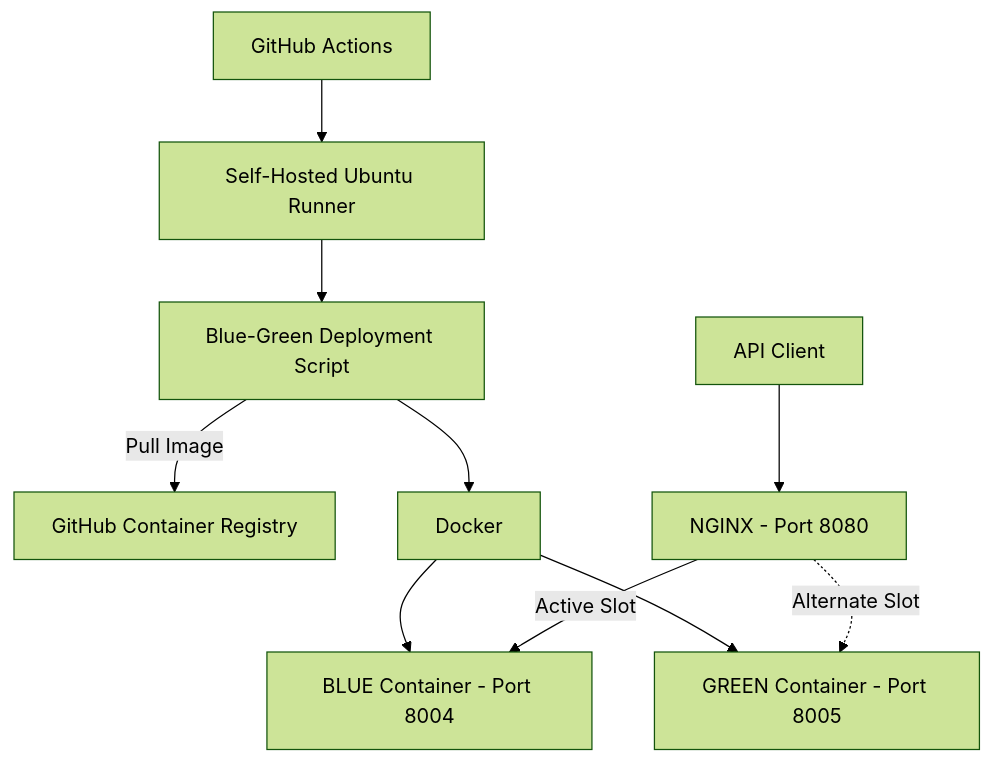
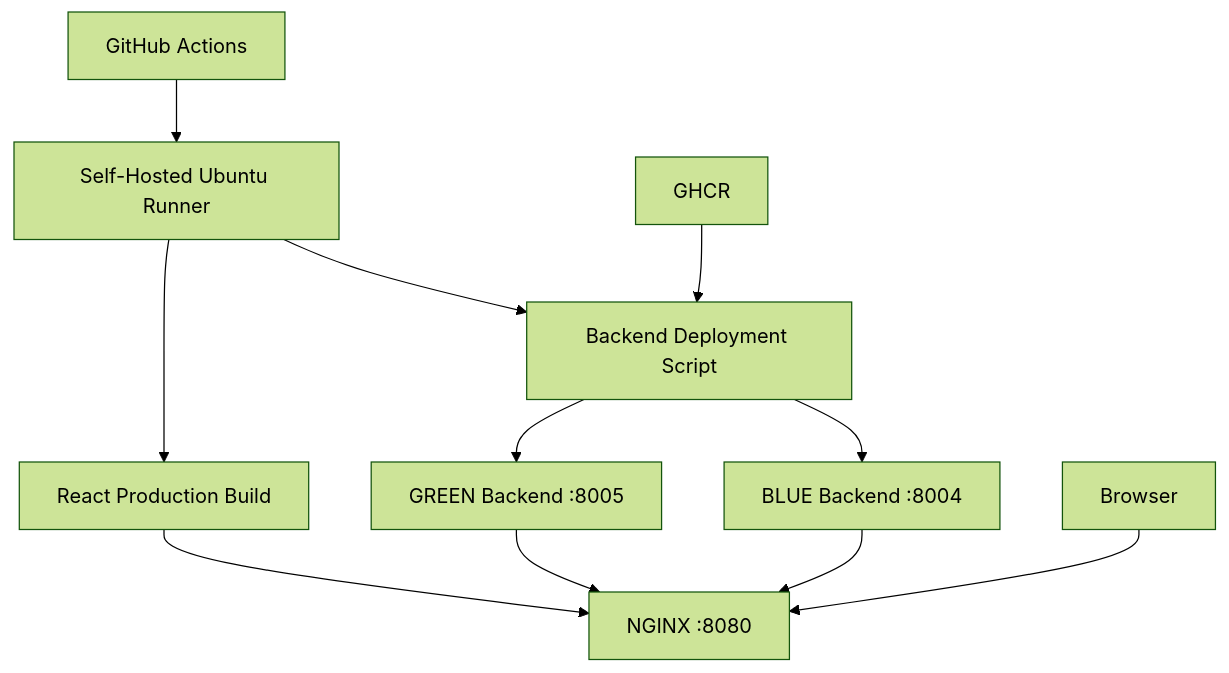
One commit to imtiaz04/autoquote-platform changed the third of 4 diagrams in README.md. Above: the diagram before and after it, drawn with Mermaid (forest theme). The commit also changed other lines of this file and 1 other file, not shown here.

Commit message:
Update full-stack README and local API proxy configuration

````diff
--- a/README.md
+++ b/README.md
@@ -252,24 +276,20 @@
 ```mermaid
 flowchart TD
-    A[GitHub Actions]
-    B[Self-Hosted Ubuntu Runner]
-    C[Blue-Green Deployment Script]
-    D[GitHub Container Registry]
-    E[Docker]
-    F[BLUE Container - Port 8004]
-    G[GREEN Container - Port 8005]
-    H[NGINX - Port 8080]
-    I[API Client]
+    A["GitHub Actions"] --> B["Self-Hosted Ubuntu Runner"]
 
-    A --> B
-    B --> C
-    C -->|Pull Image| D
-    C --> E
+    C["GHCR"] --> D["Backend Deployment Script"]
 
-    E --> F
-    E --> G
+    B --> D
 
-    I --> H
-    H -->|Active Slot| F
-    H -.->|Alternate Slot| G
+    D --> E["BLUE Backend :8004"]
+    D --> F["GREEN Backend :8005"]
+
+    B --> G["React Production Build"]
+
+    G --> H["NGINX :8080"]
+
+    E --> H
+    F --> H
+
+    I["Browser"] --> H
 ```
````
